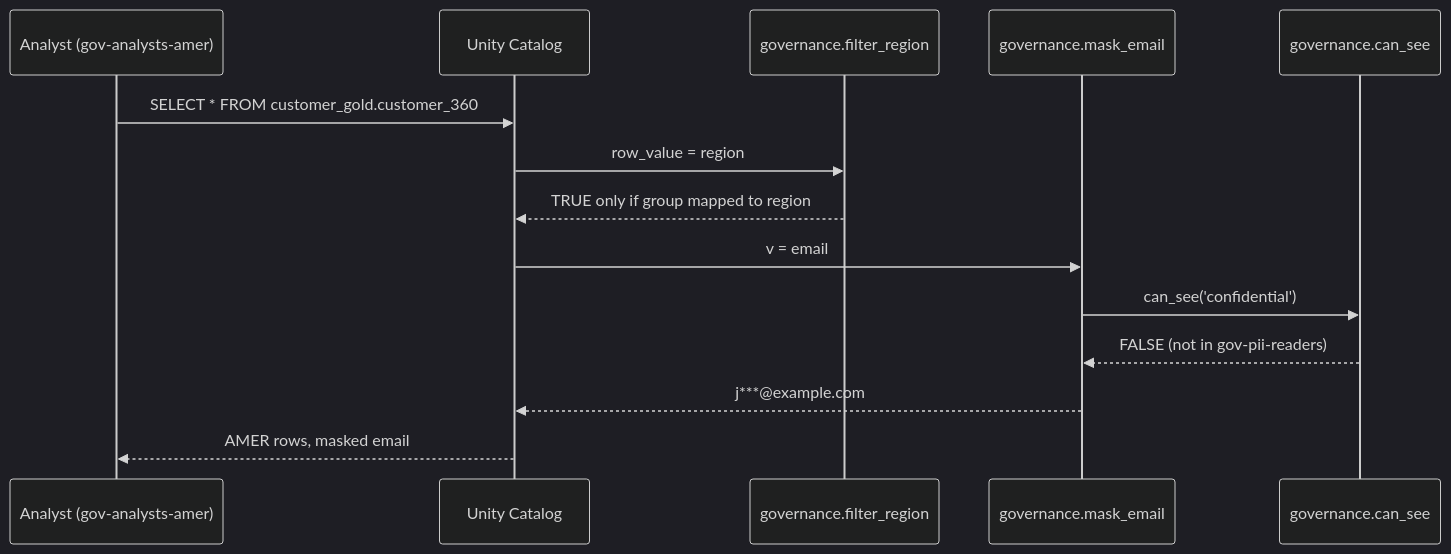
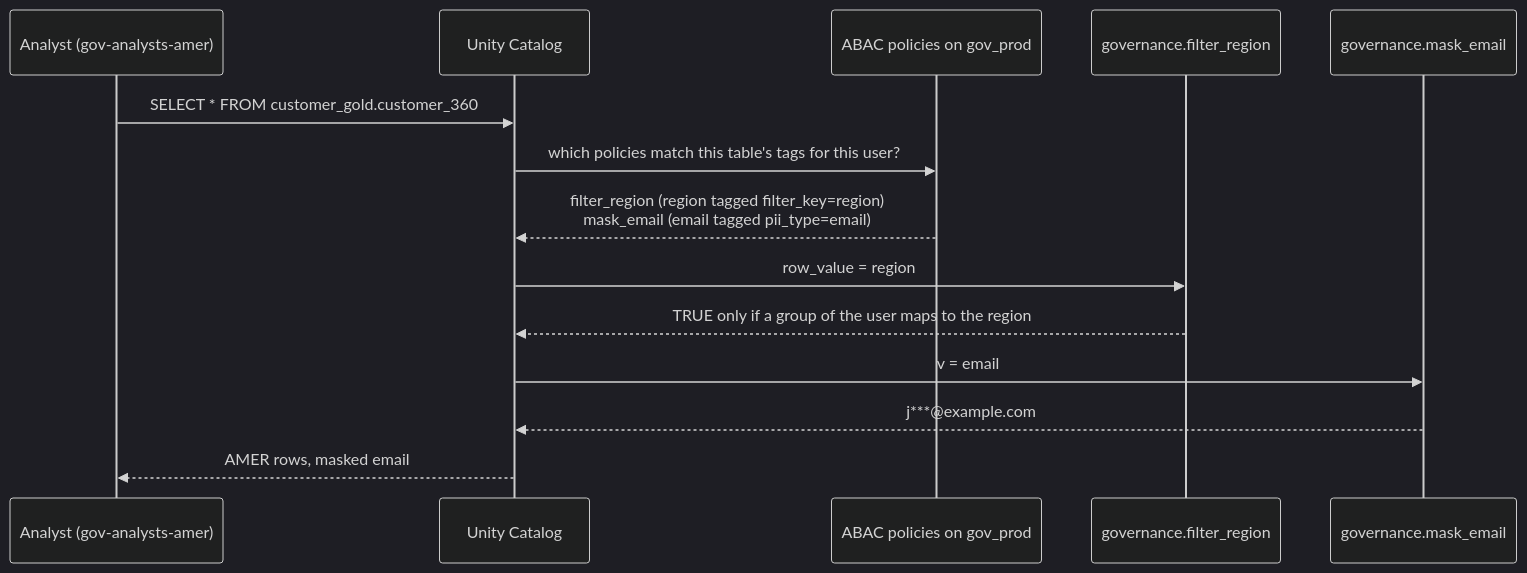
One commit to felipecastro-data/lakehouse-governance-as-code changed the third of 3 diagrams in docs/architecture.md. Above: the diagram before and after it, drawn with Mermaid (dark theme). The commit also changed other lines of this file and 30 other files, not shown here.

First line of the commit message:
Switch to native ABAC on governed tags and an OAuth deploy service principal

````diff
--- a/docs/architecture.md
+++ b/docs/architecture.md
@@ -78,16 +84,16 @@
 ```mermaid
 sequenceDiagram
     participant U as Analyst (gov-analysts-amer)
     participant UC as Unity Catalog
+    participant P as ABAC policies on gov_prod
     participant RF as governance.filter_region
     participant MK as governance.mask_email
-    participant CS as governance.can_see
     U->>UC: SELECT * FROM customer_gold.customer_360
+    UC->>P: which policies match this table's tags for this user?
+    P-->>UC: filter_region (region tagged filter_key=region)<br/>mask_email (email tagged pii_type=email)
     UC->>RF: row_value = region
-    RF-->>UC: TRUE only if group mapped to region
+    RF-->>UC: TRUE only if a group of the user maps to the region
     UC->>MK: v = email
-    MK->>CS: can_see('confidential')
-    CS-->>MK: FALSE (not in gov-pii-readers)
     MK-->>UC: j***@example.com
     UC-->>U: AMER rows, masked email
 ```
````
